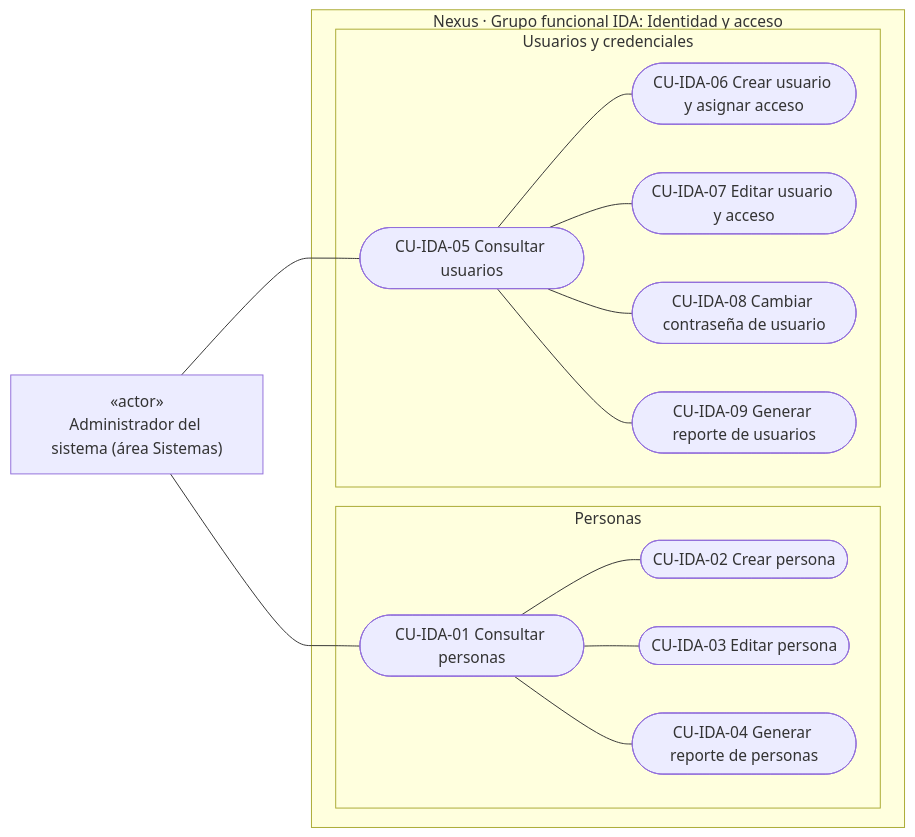
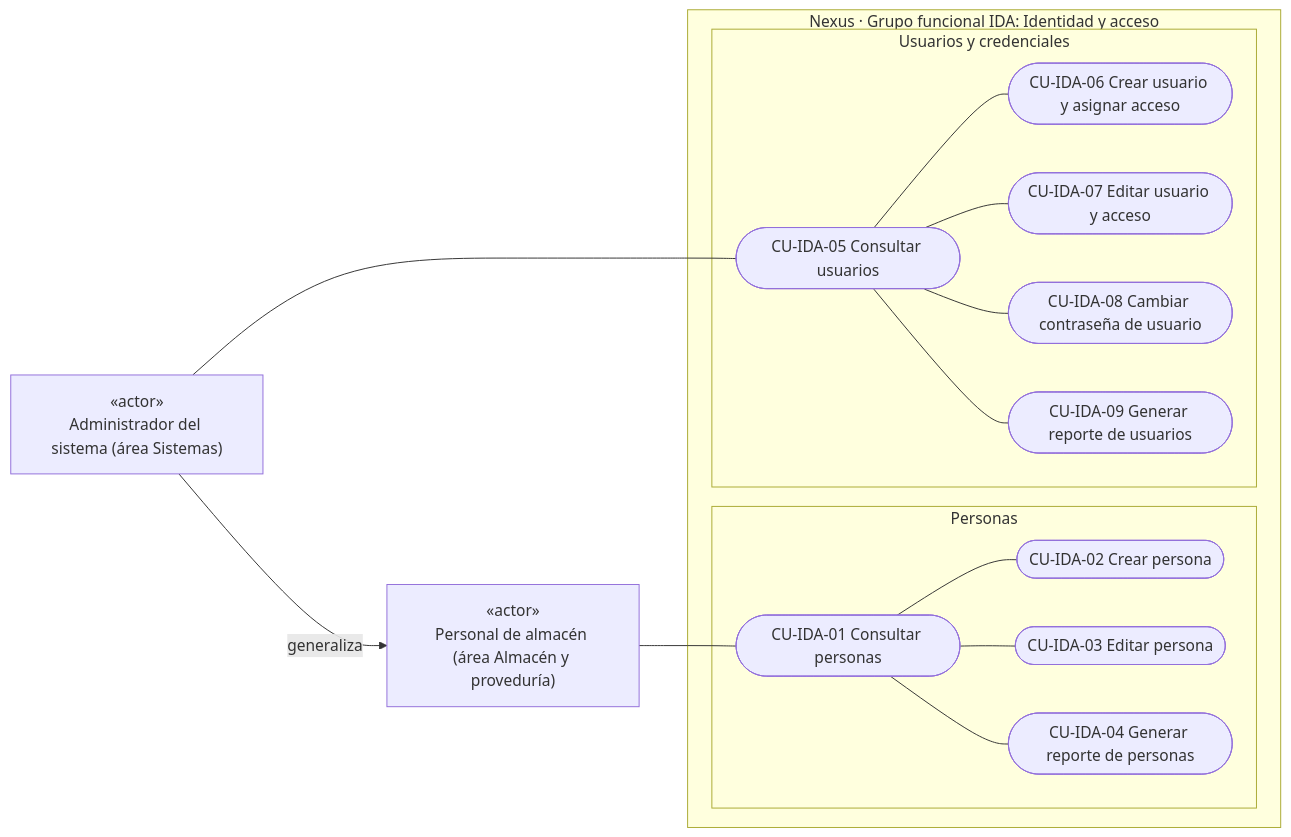
Before and after one commit to gpgsistemas01/nexus: the second of 6 diagrams in docs/requirements/domain-and-use-cases/03-casos-de-uso-vigentes.md, drawn with Mermaid. The commit also changed other lines of this file, not shown here.

Commit message:
fea: Corregir diagramas de casos de uso

````diff
--- a/docs/requirements/domain-and-use-cases/03-casos-de-uso-vigentes.md
+++ b/docs/requirements/domain-and-use-cases/03-casos-de-uso-vigentes.md
@@ -55,30 +55,32 @@
 ```mermaid
 flowchart LR
+    warehouse["«actor»<br/>Personal de almacén (área Almacén y proveduría)"]
     admin["«actor»<br/>Administrador del sistema (área Sistemas)"]
 
     subgraph identityPackage["Nexus · Grupo funcional IDA: Identidad y acceso"]
         subgraph personFamily["Personas"]
             ucPersonQuery(["CU-IDA-01 Consultar personas"])
             ucPersonCreate(["CU-IDA-02 Crear persona"])
             ucPersonEdit(["CU-IDA-03 Editar persona"])
             ucPersonReport(["CU-IDA-04 Generar reporte de personas"])
         end
         subgraph userFamily["Usuarios y credenciales"]
             ucUserQuery(["CU-IDA-05 Consultar usuarios"])
             ucUserCreate(["CU-IDA-06 Crear usuario y asignar acceso"])
             ucUserEdit(["CU-IDA-07 Editar usuario y acceso"])
             ucPasswordEdit(["CU-IDA-08 Cambiar contraseña de usuario"])
             ucUserReport(["CU-IDA-09 Generar reporte de usuarios"])
         end
     end
 
-    admin --- ucPersonQuery
+    admin -- "generaliza" --> warehouse
+    warehouse --- ucPersonQuery
     admin --- ucUserQuery
     ucPersonQuery --- ucPersonCreate
     ucPersonQuery --- ucPersonEdit
     ucPersonQuery --- ucPersonReport
     ucUserQuery --- ucUserCreate
     ucUserQuery --- ucUserEdit
     ucUserQuery --- ucPasswordEdit
     ucUserQuery --- ucUserReport
 ```
````
